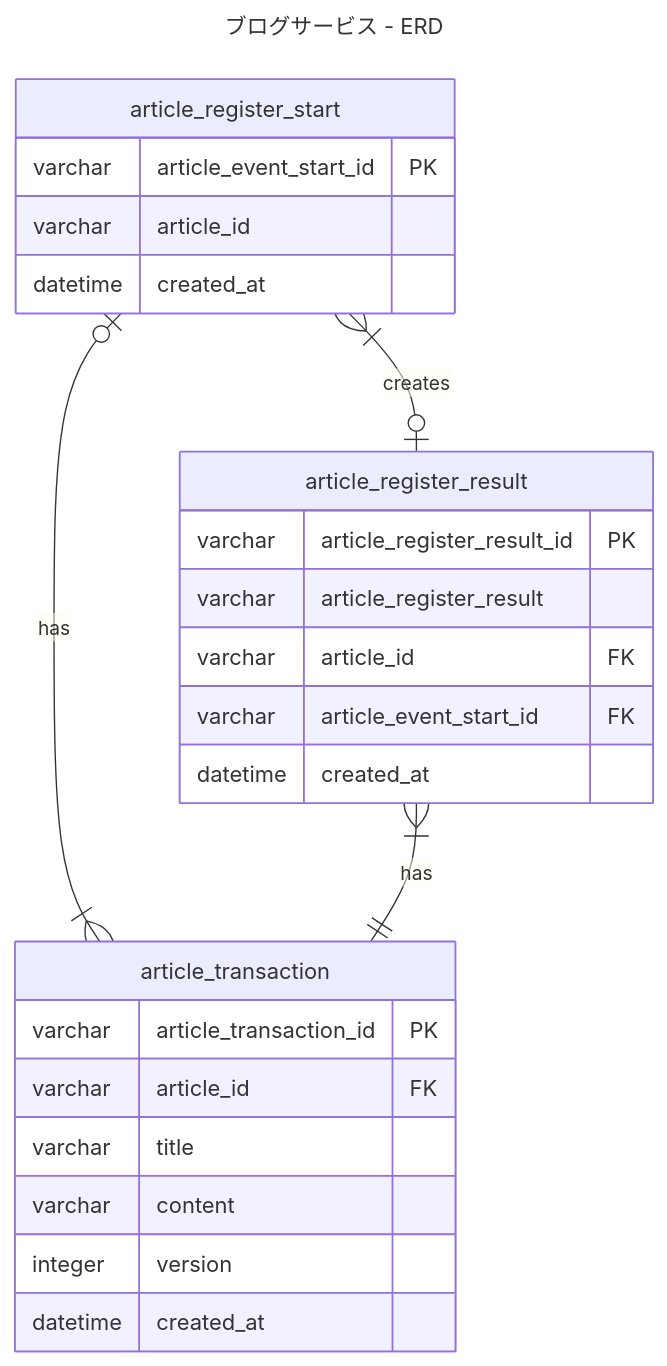
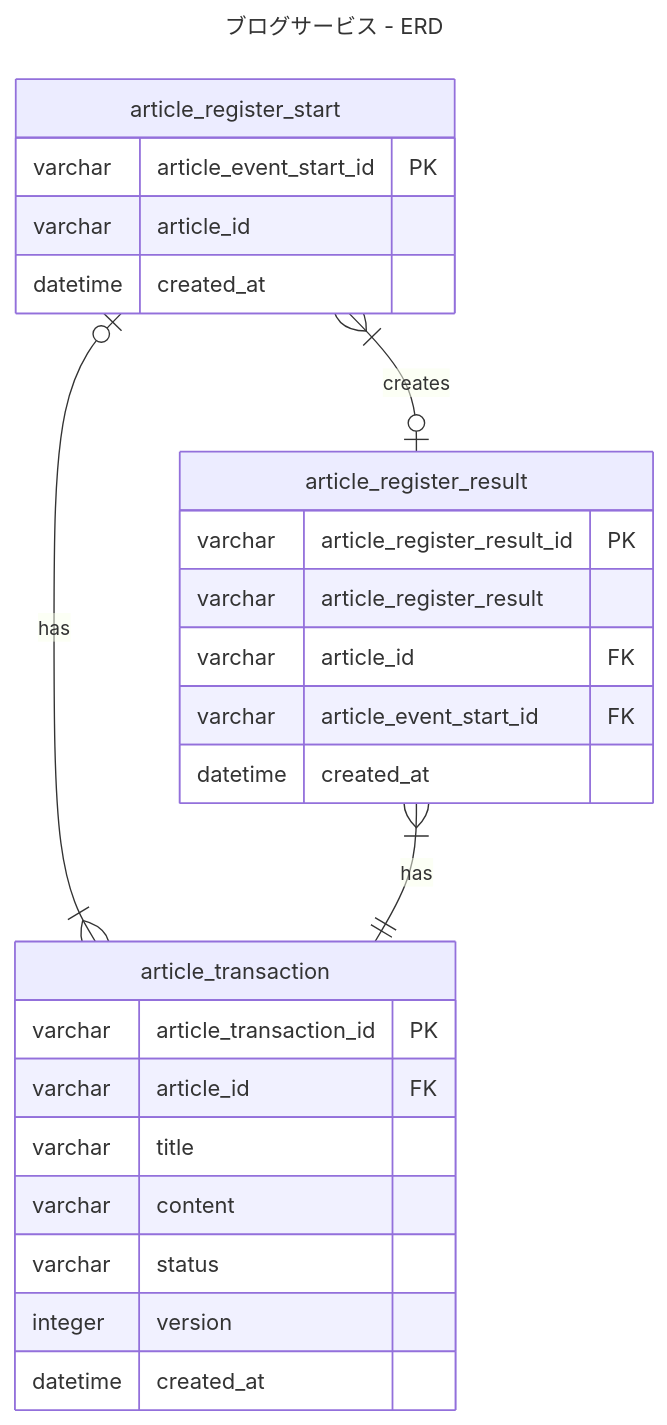
Before and after one commit to ttakuma17/til: the diagram in db/modeling/5/5-2/2-2.md, drawn with Mermaid. The commit also changed other lines of this file, not shown here.

````diff
--- a/db/modeling/5/5-2/2-2.md
+++ b/db/modeling/5/5-2/2-2.md
@@ -26,35 +26,36 @@
 ```mermaid
 ---
 title: ブログサービス - ERD
 ---
 erDiagram
   %% 記事登録開始(E)
   article_register_start {
     varchar article_event_start_id PK
     varchar article_id
     datetime created_at
   }
 
   %% 記事トランザクション(E)
   article_transaction {
     varchar article_transaction_id PK
     varchar article_id FK
     varchar title
     varchar content
+    varchar status
     integer version
     datetime created_at
   }
 
   %% 記事登録結果(E)
   article_register_result {
     varchar article_register_result_id PK
     varchar article_register_result
     varchar article_id FK
     varchar article_event_start_id FK
     datetime created_at
   }
 
   article_register_start o|--|{ article_transaction: "has"
   article_register_start }|--|o article_register_result: "creates"
   article_register_result }|--|| article_transaction: "has"
 ```
````
